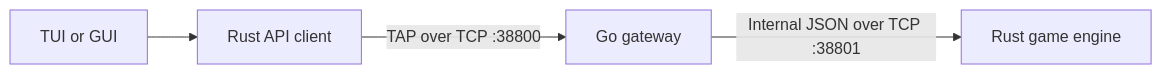
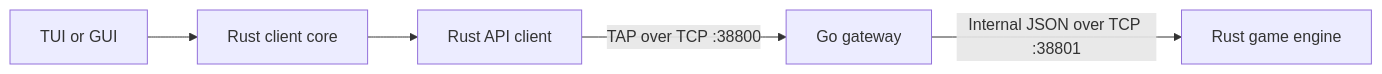
Before and after one commit to leonardecavele/the_answer_protocol: the first of 4 diagrams in README.md, drawn with Mermaid. The commit also changed other lines of this file and 4 other files, not shown here.

````diff
--- a/README.md
+++ b/README.md
@@ -36,6 +38,7 @@
 ```mermaid
 flowchart LR
-    Clients["TUI or GUI"] --> API["Rust API client"]
+    Clients["TUI or GUI"] --> Core["Rust client core"]
+    Core --> API["Rust API client"]
     API -->|"TAP over TCP :38800"| Go["Go gateway"]
     Go -->|"Internal JSON over TCP :38801"| Rust["Rust game engine"]
 ```
````
